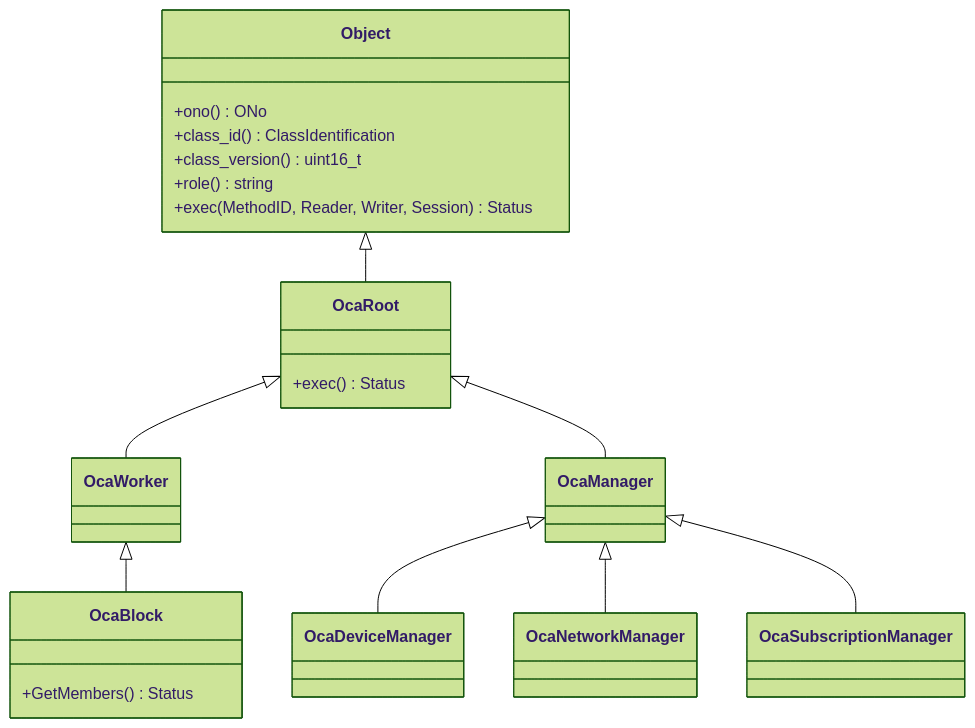
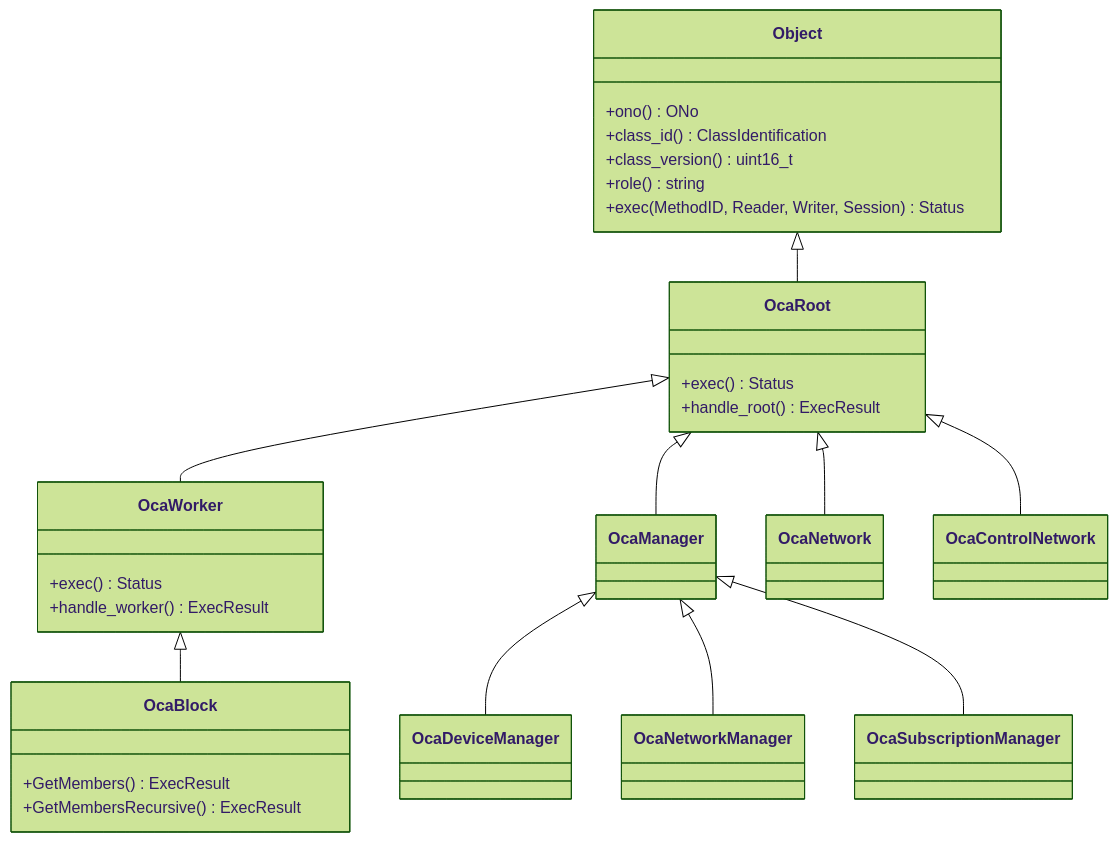
One commit to JunJunHub/aes67-linux-daemon changed the second of 3 diagrams in docs/ops/oca-design-and-maintenance.md. Above: the diagram before and after it, drawn with Mermaid (forest theme). The commit also changed other lines of this file and 5 other files, not shown here.

````diff
--- a/docs/ops/oca-design-and-maintenance.md
+++ b/docs/ops/oca-design-and-maintenance.md
@@ -96,28 +96,37 @@
 ```mermaid
 classDiagram
     class Object {
         +ono() ONo
         +class_id() ClassIdentification
         +class_version() uint16_t
         +role() string
         +exec(MethodID, Reader, Writer, Session) Status
     }
     class OcaRoot {
         +exec() Status
+        +handle_root() ExecResult
     }
-    class OcaWorker
+    class OcaWorker {
+        +exec() Status
+        +handle_worker() ExecResult
+    }
     class OcaManager
     class OcaBlock {
-        +GetMembers() Status
+        +GetMembers() ExecResult
+        +GetMembersRecursive() ExecResult
     }
     class OcaDeviceManager
     class OcaNetworkManager
     class OcaSubscriptionManager
+    class OcaNetwork
+    class OcaControlNetwork
     Object <|-- OcaRoot
     OcaRoot <|-- OcaWorker
     OcaRoot <|-- OcaManager
     OcaWorker <|-- OcaBlock
     OcaManager <|-- OcaDeviceManager
     OcaManager <|-- OcaNetworkManager
     OcaManager <|-- OcaSubscriptionManager
+    OcaRoot <|-- OcaNetwork
+    OcaRoot <|-- OcaControlNetwork
 ```
````
